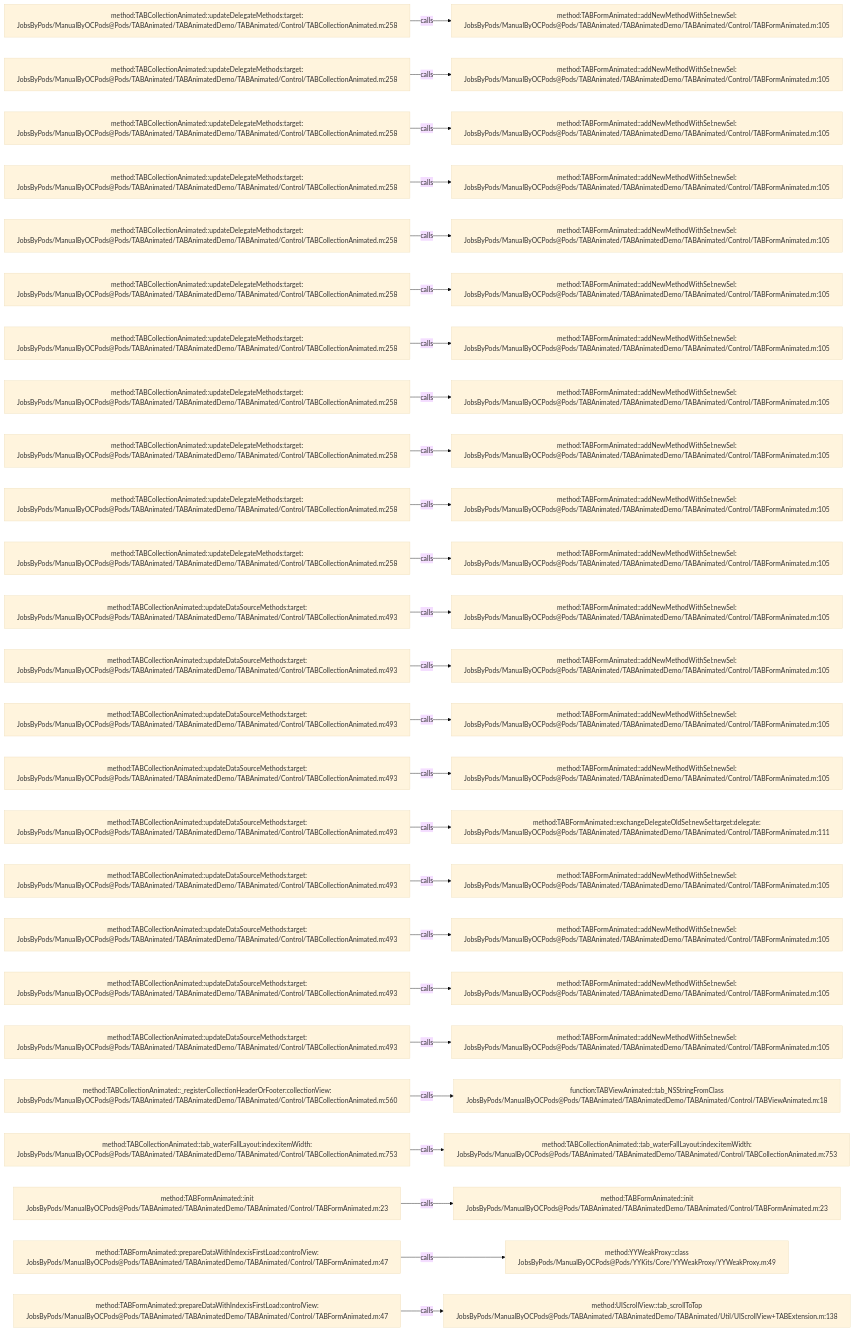
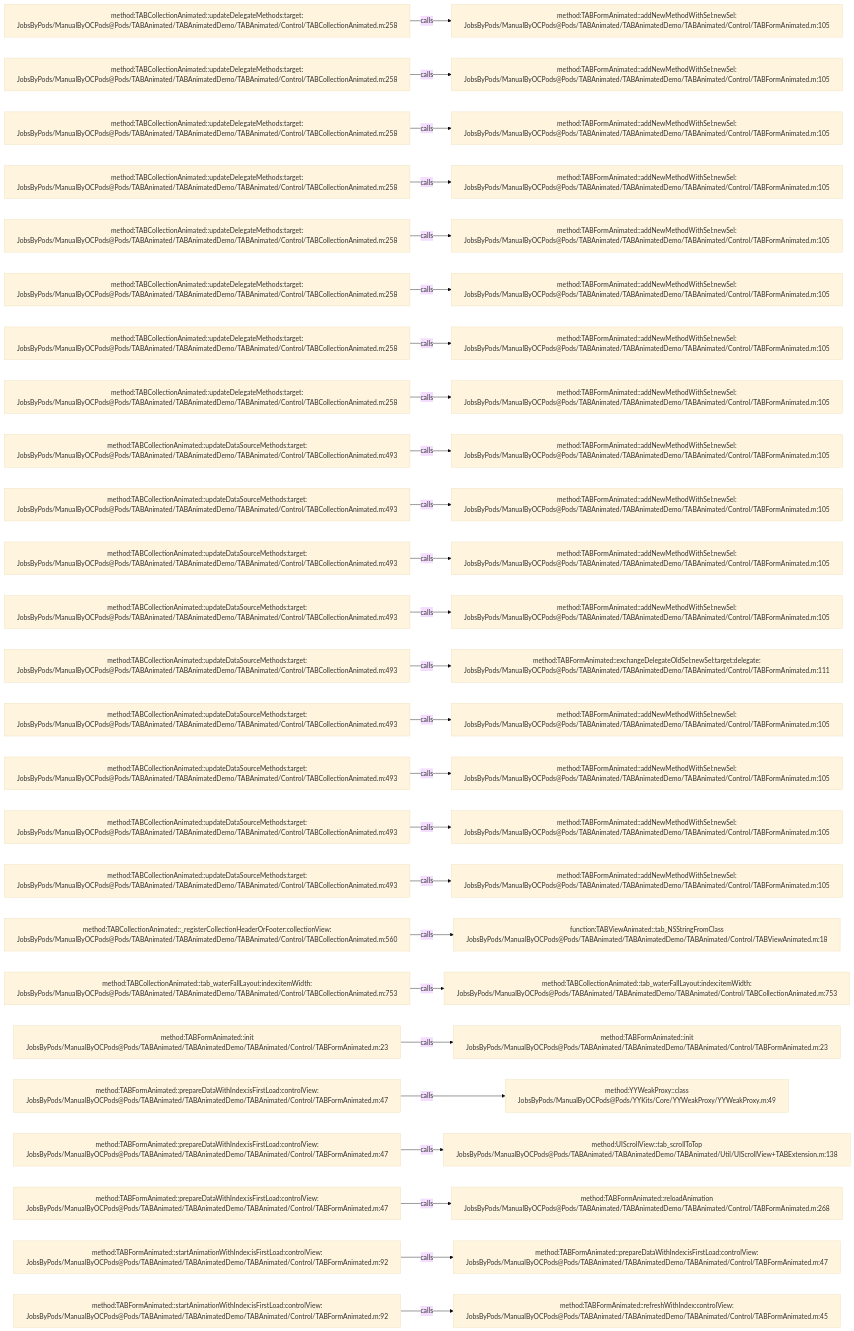
One commit to JobsKits/JobsOCBaseConfigDemo changed the diagram in .codegraph/codegraph.md/graphs/calls-025.md. Above: the diagram before and after it, drawn with Mermaid (base theme). The commit also changed 342 other files, not shown here.

````diff
--- a/.codegraph/codegraph.md/graphs/calls-025.md
+++ b/.codegraph/codegraph.md/graphs/calls-025.md
@@ -13,78 +13,78 @@
 ```mermaid
 flowchart LR
   S1["method:TABCollectionAnimated::updateDelegateMethods:target:<br/>JobsByPods/ManualByOCPods@Pods/TABAnimated/TABAnimatedDemo/TABAnimated/Control/TABCollectionAnimated.m:258"]
   T1["method:TABFormAnimated::addNewMethodWithSel:newSel:<br/>JobsByPods/ManualByOCPods@Pods/TABAnimated/TABAnimatedDemo/TABAnimated/Control/TABFormAnimated.m:105"]
   S1 -->|calls| T1
   S2["method:TABCollectionAnimated::updateDelegateMethods:target:<br/>JobsByPods/ManualByOCPods@Pods/TABAnimated/TABAnimatedDemo/TABAnimated/Control/TABCollectionAnimated.m:258"]
   T2["method:TABFormAnimated::addNewMethodWithSel:newSel:<br/>JobsByPods/ManualByOCPods@Pods/TABAnimated/TABAnimatedDemo/TABAnimated/Control/TABFormAnimated.m:105"]
   S2 -->|calls| T2
   S3["method:TABCollectionAnimated::updateDelegateMethods:target:<br/>JobsByPods/ManualByOCPods@Pods/TABAnimated/TABAnimatedDemo/TABAnimated/Control/TABCollectionAnimated.m:258"]
   T3["method:TABFormAnimated::addNewMethodWithSel:newSel:<br/>JobsByPods/ManualByOCPods@Pods/TABAnimated/TABAnimatedDemo/TABAnimated/Control/TABFormAnimated.m:105"]
   S3 -->|calls| T3
   S4["method:TABCollectionAnimated::updateDelegateMethods:target:<br/>JobsByPods/ManualByOCPods@Pods/TABAnimated/TABAnimatedDemo/TABAnimated/Control/TABCollectionAnimated.m:258"]
   T4["method:TABFormAnimated::addNewMethodWithSel:newSel:<br/>JobsByPods/ManualByOCPods@Pods/TABAnimated/TABAnimatedDemo/TABAnimated/Control/TABFormAnimated.m:105"]
   S4 -->|calls| T4
   S5["method:TABCollectionAnimated::updateDelegateMethods:target:<br/>JobsByPods/ManualByOCPods@Pods/TABAnimated/TABAnimatedDemo/TABAnimated/Control/TABCollectionAnimated.m:258"]
   T5["method:TABFormAnimated::addNewMethodWithSel:newSel:<br/>JobsByPods/ManualByOCPods@Pods/TABAnimated/TABAnimatedDemo/TABAnimated/Control/TABFormAnimated.m:105"]
   S5 -->|calls| T5
   S6["method:TABCollectionAnimated::updateDelegateMethods:target:<br/>JobsByPods/ManualByOCPods@Pods/TABAnimated/TABAnimatedDemo/TABAnimated/Control/TABCollectionAnimated.m:258"]
   T6["method:TABFormAnimated::addNewMethodWithSel:newSel:<br/>JobsByPods/ManualByOCPods@Pods/TABAnimated/TABAnimatedDemo/TABAnimated/Control/TABFormAnimated.m:105"]
   S6 -->|calls| T6
   S7["method:TABCollectionAnimated::updateDelegateMethods:target:<br/>JobsByPods/ManualByOCPods@Pods/TABAnimated/TABAnimatedDemo/TABAnimated/Control/TABCollectionAnimated.m:258"]
   T7["method:TABFormAnimated::addNewMethodWithSel:newSel:<br/>JobsByPods/ManualByOCPods@Pods/TABAnimated/TABAnimatedDemo/TABAnimated/Control/TABFormAnimated.m:105"]
   S7 -->|calls| T7
   S8["method:TABCollectionAnimated::updateDelegateMethods:target:<br/>JobsByPods/ManualByOCPods@Pods/TABAnimated/TABAnimatedDemo/TABAnimated/Control/TABCollectionAnimated.m:258"]
   T8["method:TABFormAnimated::addNewMethodWithSel:newSel:<br/>JobsByPods/ManualByOCPods@Pods/TABAnimated/TABAnimatedDemo/TABAnimated/Control/TABFormAnimated.m:105"]
   S8 -->|calls| T8
-  S9["method:TABCollectionAnimated::updateDelegateMethods:target:<br/>JobsByPods/ManualByOCPods@Pods/TABAnimated/TABAnimatedDemo/TABAnimated/Control/TABCollectionAnimated.m:258"]
+  S9["method:TABCollectionAnimated::updateDataSourceMethods:target:<br/>JobsByPods/ManualByOCPods@Pods/TABAnimated/TABAnimatedDemo/TABAnimated/Control/TABCollectionAnimated.m:493"]
   T9["method:TABFormAnimated::addNewMethodWithSel:newSel:<br/>JobsByPods/ManualByOCPods@Pods/TABAnimated/TABAnimatedDemo/TABAnimated/Control/TABFormAnimated.m:105"]
   S9 -->|calls| T9
-  S10["method:TABCollectionAnimated::updateDelegateMethods:target:<br/>JobsByPods/ManualByOCPods@Pods/TABAnimated/TABAnimatedDemo/TABAnimated/Control/TABCollectionAnimated.m:258"]
+  S10["method:TABCollectionAnimated::updateDataSourceMethods:target:<br/>JobsByPods/ManualByOCPods@Pods/TABAnimated/TABAnimatedDemo/TABAnimated/Control/TABCollectionAnimated.m:493"]
   T10["method:TABFormAnimated::addNewMethodWithSel:newSel:<br/>JobsByPods/ManualByOCPods@Pods/TABAnimated/TABAnimatedDemo/TABAnimated/Control/TABFormAnimated.m:105"]
   S10 -->|calls| T10
-  S11["method:TABCollectionAnimated::updateDelegateMethods:target:<br/>JobsByPods/ManualByOCPods@Pods/TABAnimated/TABAnimatedDemo/TABAnimated/Control/TABCollectionAnimated.m:258"]
+  S11["method:TABCollectionAnimated::updateDataSourceMethods:target:<br/>JobsByPods/ManualByOCPods@Pods/TABAnimated/TABAnimatedDemo/TABAnimated/Control/TABCollectionAnimated.m:493"]
   T11["method:TABFormAnimated::addNewMethodWithSel:newSel:<br/>JobsByPods/ManualByOCPods@Pods/TABAnimated/TABAnimatedDemo/TABAnimated/Control/TABFormAnimated.m:105"]
   S11 -->|calls| T11
   S12["method:TABCollectionAnimated::updateDataSourceMethods:target:<br/>JobsByPods/ManualByOCPods@Pods/TABAnimated/TABAnimatedDemo/TABAnimated/Control/TABCollectionAnimated.m:493"]
   T12["method:TABFormAnimated::addNewMethodWithSel:newSel:<br/>JobsByPods/ManualByOCPods@Pods/TABAnimated/TABAnimatedDemo/TABAnimated/Control/TABFormAnimated.m:105"]
   S12 -->|calls| T12
   S13["method:TABCollectionAnimated::updateDataSourceMethods:target:<br/>JobsByPods/ManualByOCPods@Pods/TABAnimated/TABAnimatedDemo/TABAnimated/Control/TABCollectionAnimated.m:493"]
-  T13["method:TABFormAnimated::addNewMethodWithSel:newSel:<br/>JobsByPods/ManualByOCPods@Pods/TABAnimated/TABAnimatedDemo/TABAnimated/Control/TABFormAnimated.m:105"]
+  T13["method:TABFormAnimated::exchangeDelegateOldSel:newSel:target:delegate:<br/>JobsByPods/ManualByOCPods@Pods/TABAnimated/TABAnimatedDemo/TABAnimated/Control/TABFormAnimated.m:111"]
   S13 -->|calls| T13
   S14["method:TABCollectionAnimated::updateDataSourceMethods:target:<br/>JobsByPods/ManualByOCPods@Pods/TABAnimated/TABAnimatedDemo/TABAnimated/Control/TABCollectionAnimated.m:493"]
   T14["method:TABFormAnimated::addNewMethodWithSel:newSel:<br/>JobsByPods/ManualByOCPods@Pods/TABAnimated/TABAnimatedDemo/TABAnimated/Control/TABFormAnimated.m:105"]
   S14 -->|calls| T14
   S15["method:TABCollectionAnimated::updateDataSourceMethods:target:<br/>JobsByPods/ManualByOCPods@Pods/TABAnimated/TABAnimatedDemo/TABAnimated/Control/TABCollectionAnimated.m:493"]
   T15["method:TABFormAnimated::addNewMethodWithSel:newSel:<br/>JobsByPods/ManualByOCPods@Pods/TABAnimated/TABAnimatedDemo/TABAnimated/Control/TABFormAnimated.m:105"]
   S15 -->|calls| T15
   S16["method:TABCollectionAnimated::updateDataSourceMethods:target:<br/>JobsByPods/ManualByOCPods@Pods/TABAnimated/TABAnimatedDemo/TABAnimated/Control/TABCollectionAnimated.m:493"]
-  T16["method:TABFormAnimated::exchangeDelegateOldSel:newSel:target:delegate:<br/>JobsByPods/ManualByOCPods@Pods/TABAnimated/TABAnimatedDemo/TABAnimated/Control/TABFormAnimated.m:111"]
+  T16["method:TABFormAnimated::addNewMethodWithSel:newSel:<br/>JobsByPods/ManualByOCPods@Pods/TABAnimated/TABAnimatedDemo/TABAnimated/Control/TABFormAnimated.m:105"]
   S16 -->|calls| T16
   S17["method:TABCollectionAnimated::updateDataSourceMethods:target:<br/>JobsByPods/ManualByOCPods@Pods/TABAnimated/TABAnimatedDemo/TABAnimated/Control/TABCollectionAnimated.m:493"]
   T17["method:TABFormAnimated::addNewMethodWithSel:newSel:<br/>JobsByPods/ManualByOCPods@Pods/TABAnimated/TABAnimatedDemo/TABAnimated/Control/TABFormAnimated.m:105"]
   S17 -->|calls| T17
-  S18["method:TABCollectionAnimated::updateDataSourceMethods:target:<br/>JobsByPods/ManualByOCPods@Pods/TABAnimated/TABAnimatedDemo/TABAnimated/Control/TABCollectionAnimated.m:493"]
-  T18["method:TABFormAnimated::addNewMethodWithSel:newSel:<br/>JobsByPods/ManualByOCPods@Pods/TABAnimated/TABAnimatedDemo/TABAnimated/Control/TABFormAnimated.m:105"]
+  S18["method:TABCollectionAnimated::_registerCollectionHeaderOrFooter:collectionView:<br/>JobsByPods/ManualByOCPods@Pods/TABAnimated/TABAnimatedDemo/TABAnimated/Control/TABCollectionAnimated.m:560"]
+  T18["function:TABViewAnimated::tab_NSStringFromClass<br/>JobsByPods/ManualByOCPods@Pods/TABAnimated/TABAnimatedDemo/TABAnimated/Control/TABViewAnimated.m:18"]
   S18 -->|calls| T18
-  S19["method:TABCollectionAnimated::updateDataSourceMethods:target:<br/>JobsByPods/ManualByOCPods@Pods/TABAnimated/TABAnimatedDemo/TABAnimated/Control/TABCollectionAnimated.m:493"]
-  T19["method:TABFormAnimated::addNewMethodWithSel:newSel:<br/>JobsByPods/ManualByOCPods@Pods/TABAnimated/TABAnimatedDemo/TABAnimated/Control/TABFormAnimated.m:105"]
+  S19["method:TABCollectionAnimated::tab_waterFallLayout:index:itemWidth:<br/>JobsByPods/ManualByOCPods@Pods/TABAnimated/TABAnimatedDemo/TABAnimated/Control/TABCollectionAnimated.m:753"]
+  T19["method:TABCollectionAnimated::tab_waterFallLayout:index:itemWidth:<br/>JobsByPods/ManualByOCPods@Pods/TABAnimated/TABAnimatedDemo/TABAnimated/Control/TABCollectionAnimated.m:753"]
   S19 -->|calls| T19
-  S20["method:TABCollectionAnimated::updateDataSourceMethods:target:<br/>JobsByPods/ManualByOCPods@Pods/TABAnimated/TABAnimatedDemo/TABAnimated/Control/TABCollectionAnimated.m:493"]
-  T20["method:TABFormAnimated::addNewMethodWithSel:newSel:<br/>JobsByPods/ManualByOCPods@Pods/TABAnimated/TABAnimatedDemo/TABAnimated/Control/TABFormAnimated.m:105"]
+  S20["method:TABFormAnimated::init<br/>JobsByPods/ManualByOCPods@Pods/TABAnimated/TABAnimatedDemo/TABAnimated/Control/TABFormAnimated.m:23"]
+  T20["method:TABFormAnimated::init<br/>JobsByPods/ManualByOCPods@Pods/TABAnimated/TABAnimatedDemo/TABAnimated/Control/TABFormAnimated.m:23"]
   S20 -->|calls| T20
-  S21["method:TABCollectionAnimated::_registerCollectionHeaderOrFooter:collectionView:<br/>JobsByPods/ManualByOCPods@Pods/TABAnimated/TABAnimatedDemo/TABAnimated/Control/TABCollectionAnimated.m:560"]
-  T21["function:TABViewAnimated::tab_NSStringFromClass<br/>JobsByPods/ManualByOCPods@Pods/TABAnimated/TABAnimatedDemo/TABAnimated/Control/TABViewAnimated.m:18"]
+  S21["method:TABFormAnimated::prepareDataWithIndex:isFirstLoad:controlView:<br/>JobsByPods/ManualByOCPods@Pods/TABAnimated/TABAnimatedDemo/TABAnimated/Control/TABFormAnimated.m:47"]
+  T21["method:YYWeakProxy::class<br/>JobsByPods/ManualByOCPods@Pods/YYKits/Core/YYWeakProxy/YYWeakProxy.m:49"]
   S21 -->|calls| T21
-  S22["method:TABCollectionAnimated::tab_waterFallLayout:index:itemWidth:<br/>JobsByPods/ManualByOCPods@Pods/TABAnimated/TABAnimatedDemo/TABAnimated/Control/TABCollectionAnimated.m:753"]
-  T22["method:TABCollectionAnimated::tab_waterFallLayout:index:itemWidth:<br/>JobsByPods/ManualByOCPods@Pods/TABAnimated/TABAnimatedDemo/TABAnimated/Control/TABCollectionAnimated.m:753"]
+  S22["method:TABFormAnimated::prepareDataWithIndex:isFirstLoad:controlView:<br/>JobsByPods/ManualByOCPods@Pods/TABAnimated/TABAnimatedDemo/TABAnimated/Control/TABFormAnimated.m:47"]
+  T22["method:UIScrollView::tab_scrollToTop<br/>JobsByPods/ManualByOCPods@Pods/TABAnimated/TABAnimatedDemo/TABAnimated/Util/UIScrollView+TABExtension.m:138"]
   S22 -->|calls| T22
-  S23["method:TABFormAnimated::init<br/>JobsByPods/ManualByOCPods@Pods/TABAnimated/TABAnimatedDemo/TABAnimated/Control/TABFormAnimated.m:23"]
-  T23["method:TABFormAnimated::init<br/>JobsByPods/ManualByOCPods@Pods/TABAnimated/TABAnimatedDemo/TABAnimated/Control/TABFormAnimated.m:23"]
+  S23["method:TABFormAnimated::prepareDataWithIndex:isFirstLoad:controlView:<br/>JobsByPods/ManualByOCPods@Pods/TABAnimated/TABAnimatedDemo/TABAnimated/Control/TABFormAnimated.m:47"]
+  T23["method:TABFormAnimated::reloadAnimation<br/>JobsByPods/ManualByOCPods@Pods/TABAnimated/TABAnimatedDemo/TABAnimated/Control/TABFormAnimated.m:268"]
   S23 -->|calls| T23
-  S24["method:TABFormAnimated::prepareDataWithIndex:isFirstLoad:controlView:<br/>JobsByPods/ManualByOCPods@Pods/TABAnimated/TABAnimatedDemo/TABAnimated/Control/TABFormAnimated.m:47"]
-  T24["method:YYWeakProxy::class<br/>JobsByPods/ManualByOCPods@Pods/YYKits/Core/YYWeakProxy/YYWeakProxy.m:49"]
+  S24["method:TABFormAnimated::startAnimationWithIndex:isFirstLoad:controlView:<br/>JobsByPods/ManualByOCPods@Pods/TABAnimated/TABAnimatedDemo/TABAnimated/Control/TABFormAnimated.m:92"]
+  T24["method:TABFormAnimated::prepareDataWithIndex:isFirstLoad:controlView:<br/>JobsByPods/ManualByOCPods@Pods/TABAnimated/TABAnimatedDemo/TABAnimated/Control/TABFormAnimated.m:47"]
   S24 -->|calls| T24
-  S25["method:TABFormAnimated::prepareDataWithIndex:isFirstLoad:controlView:<br/>JobsByPods/ManualByOCPods@Pods/TABAnimated/TABAnimatedDemo/TABAnimated/Control/TABFormAnimated.m:47"]
-  T25["method:UIScrollView::tab_scrollToTop<br/>JobsByPods/ManualByOCPods@Pods/TABAnimated/TABAnimatedDemo/TABAnimated/Util/UIScrollView+TABExtension.m:138"]
+  S25["method:TABFormAnimated::startAnimationWithIndex:isFirstLoad:controlView:<br/>JobsByPods/ManualByOCPods@Pods/TABAnimated/TABAnimatedDemo/TABAnimated/Control/TABFormAnimated.m:92"]
+  T25["method:TABFormAnimated::refreshWithIndex:controlView:<br/>JobsByPods/ManualByOCPods@Pods/TABAnimated/TABAnimatedDemo/TABAnimated/Control/TABFormAnimated.m:45"]
   S25 -->|calls| T25
 ```
````
